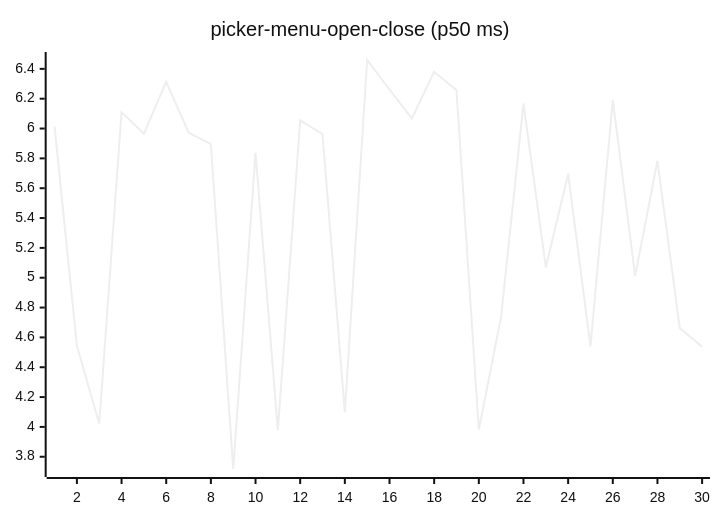
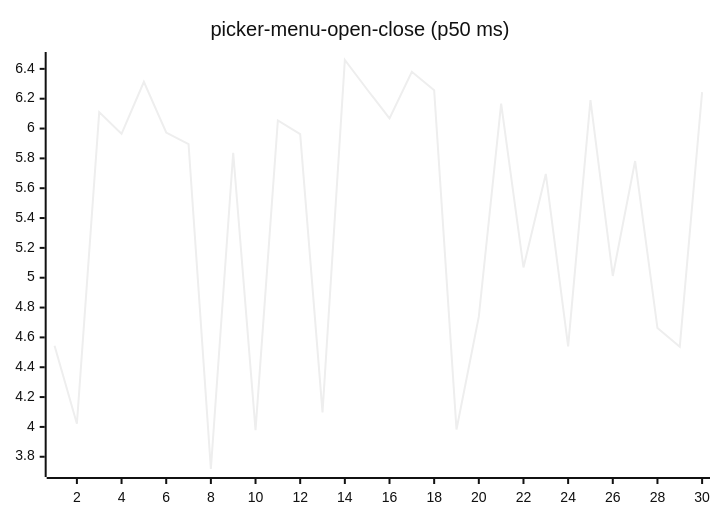
Before and after one commit to josha/Facet: diagram 16 of 27 in README.md, drawn with Mermaid (neutral theme). The commit also changed other lines of this file and 2 other files, not shown here.

````diff
--- a/README.md
+++ b/README.md
@@ -168,6 +168,6 @@
 ```mermaid
 xychart-beta
     title "picker-menu-open-close (p50 ms)"
     x-axis 1 --> 30
-    line [6.0128, 4.5439, 4.0216, 6.1100, 5.9646, 6.3137, 5.9733, 5.8960, 3.7179, 5.8378, 3.9788, 6.0543, 5.9629, 4.0972, 6.4594, 6.2618, 6.0678, 6.3801, 6.2569, 3.9826, 4.7388, 6.1676, 5.0690, 5.6954, 4.5402, 6.1912, 5.0120, 5.7822, 4.6627, 4.5372]
+    line [4.5439, 4.0216, 6.1100, 5.9646, 6.3137, 5.9733, 5.8960, 3.7179, 5.8378, 3.9788, 6.0543, 5.9629, 4.0972, 6.4594, 6.2618, 6.0678, 6.3801, 6.2569, 3.9826, 4.7388, 6.1676, 5.0690, 5.6954, 4.5402, 6.1912, 5.0120, 5.7822, 4.6627, 4.5372, 6.2442]
 ```
````
